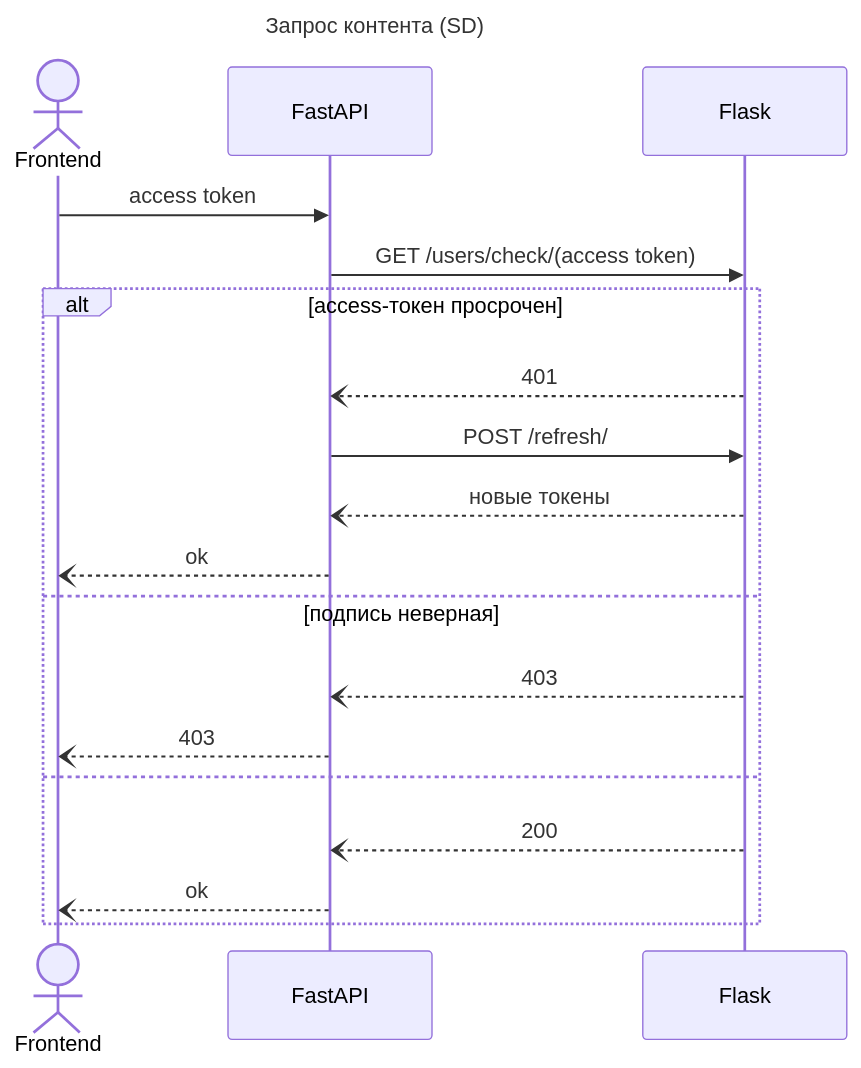
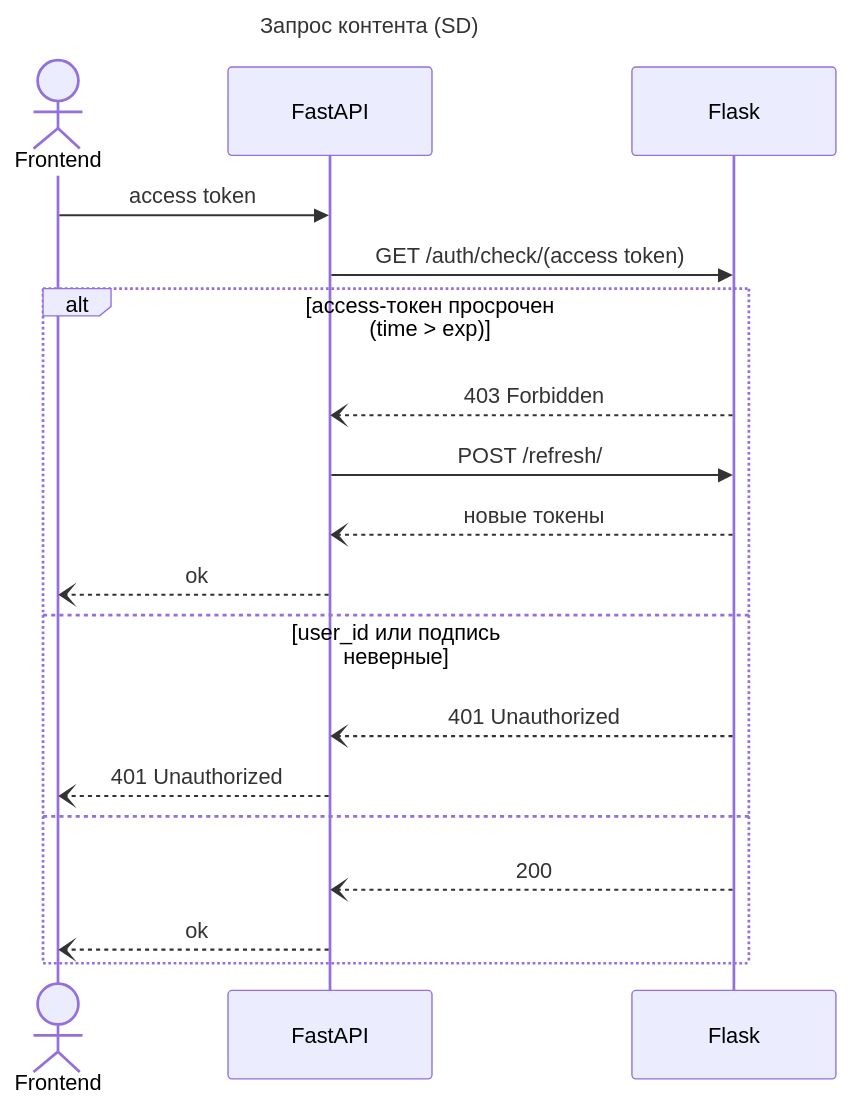
Before and after one commit to Dbl4/Auth_sprint_1: the diagram in documentation/auth-api/sd-check.md, drawn with Mermaid. The commit also changed other lines of this file and 9 other files, not shown here.

````diff
--- a/documentation/auth-api/sd-check.md
+++ b/documentation/auth-api/sd-check.md
@@ -6,26 +1,26 @@
 ```mermaid
 ---
 title: Запрос контента (SD)
 ---
 
 sequenceDiagram
     actor Frontend
     participant FastAPI
     participant Flask
 
     Frontend ->> FastAPI: access token
-    FastAPI ->> Flask: GET /users/check/(access token)
+    FastAPI ->> Flask: GET /auth/check/(access token)
 
-    alt access-токен просрочен
-        Flask --) FastAPI: 401
+    alt access-токен просрочен (time > exp)
+        Flask --) FastAPI: 403 Forbidden
         FastAPI ->> Flask: POST /refresh/
         Flask --) FastAPI: новые токены
         FastAPI --) Frontend: ok
-    else подпись неверная
-        Flask --) FastAPI: 403
-        FastAPI --) Frontend: 403
+    else user_id или подпись неверные
+        Flask --) FastAPI: 401 Unauthorized
+        FastAPI --) Frontend: 401 Unauthorized
     else
         Flask --) FastAPI: 200
         FastAPI --) Frontend: ok
     end
 ```
````
